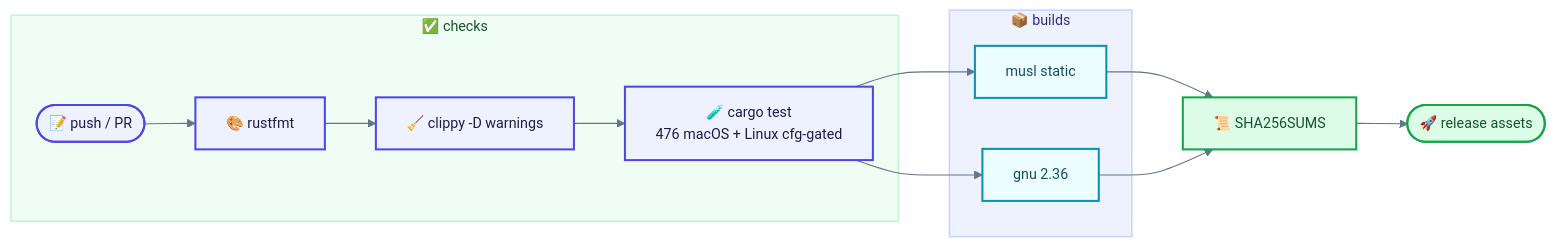
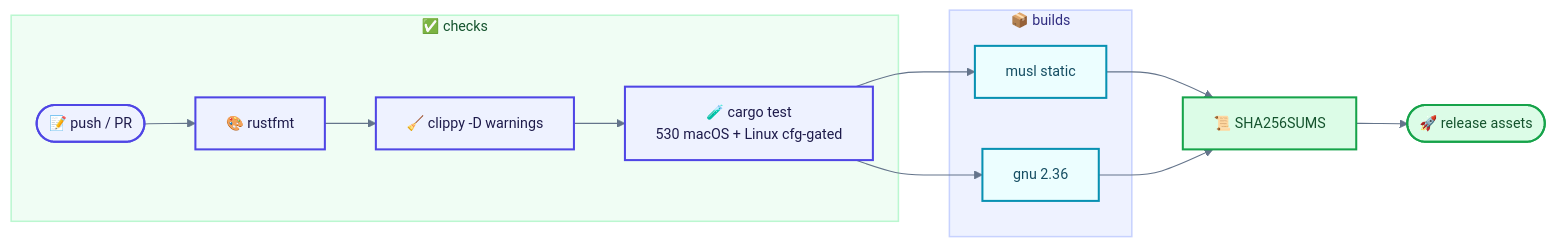
Before and after one commit to Terutoki/MyQUIC2: diagram 25 of 25 in README.md, drawn with Mermaid. The commit also changed other lines of this file and 41 other files, not shown here.

````diff
--- a/README.md
+++ b/README.md
@@ -1607,32 +1608,32 @@
 ```mermaid
 %%{init: {"theme":"base","themeVariables":{"fontSize":"14px","lineColor":"#64748b"}}}%%
 flowchart LR
 subgraph CHECK["✅ checks"]
         C(["📝 push / PR"]) --> F["🎨 rustfmt"]
         F --> L["🧹 clippy -D warnings"]
-        L --> T["🧪 cargo test<br/>476 macOS + Linux cfg-gated"]
+        L --> T["🧪 cargo test<br/>530 macOS + Linux cfg-gated"]
     end
     subgraph BUILD["📦 builds"]
         M["musl static"]
         G["gnu 2.36"]
     end
     T --> M
     T --> G
     M --> A["📜 SHA256SUMS"]
     G --> A
     A --> R(["🚀 release assets"])
     class C,F,L,T coreC
     class M,G wireC
     class A,R clientC
     style CHECK fill:#f0fdf4,stroke:#bbf7d0,stroke-width:1.5px,color:#14532d
     style BUILD fill:#eef2ff,stroke:#c7d2fe,stroke-width:1.5px,color:#312e81
 
     classDef clientC fill:#dcfce7,stroke:#16a34a,stroke-width:2px,color:#14532d
     classDef coreC fill:#eef2ff,stroke:#4f46e5,stroke-width:2px,color:#1e1b4b
     classDef wireC fill:#ecfeff,stroke:#0891b2,stroke-width:2px,color:#164e63
     classDef warmC fill:#fff7ed,stroke:#fb923c,stroke-width:2px,color:#7c2d12
     classDef dangerC fill:#fff1f2,stroke:#e11d48,stroke-width:2px,color:#881337
     classDef muteC fill:#f8fafc,stroke:#cbd5e1,color:#475569
     classDef noteC fill:#e0e7ff,stroke:#8b5cf6,stroke-width:1.5px,color:#312e81
     classDef decisionC fill:#fef9c3,stroke:#eab308,stroke-width:2px,color:#713f12
 ```
````
